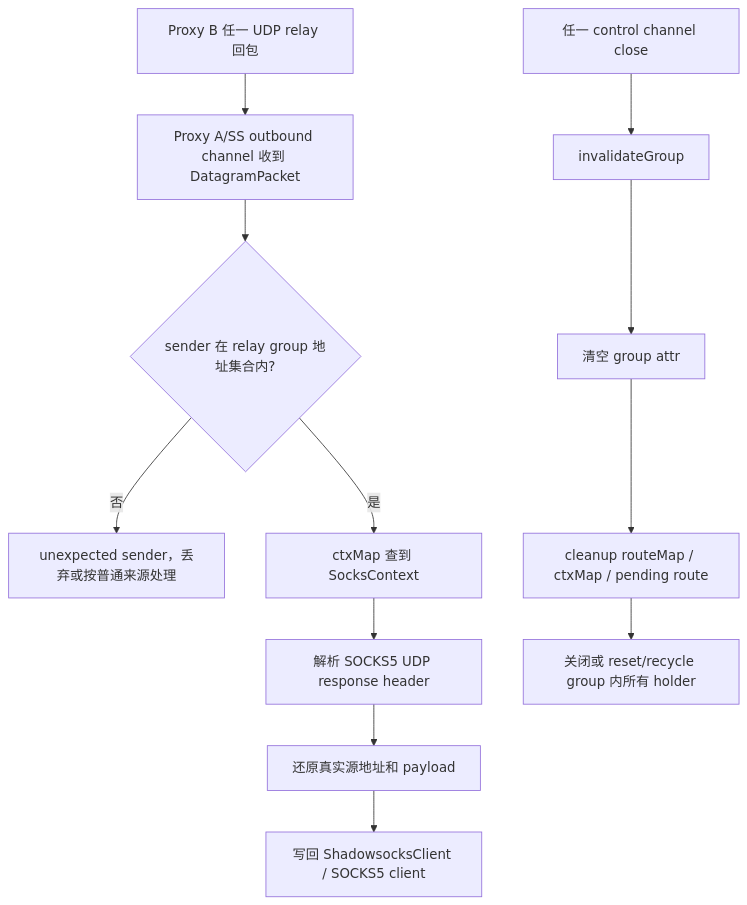
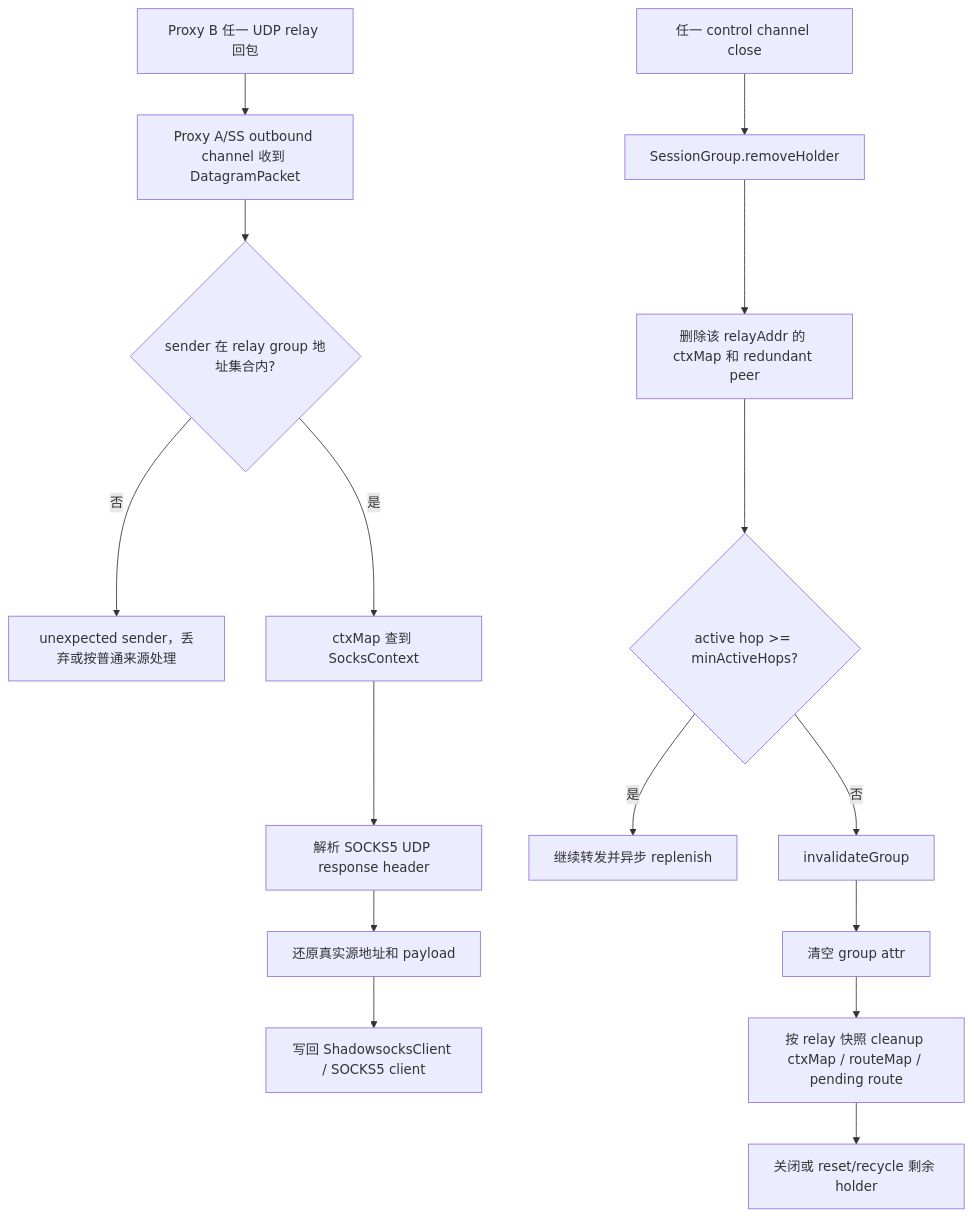
The fourth of 4 diagrams in docs/plan/UdpSocks5UpstreamPortHopping-plan.md (RockyLOMO/rxlib), drawn with Mermaid before and after one commit. The commit also changed other lines of this file and 9 other files, not shown here.

````diff
--- a/docs/plan/UdpSocks5UpstreamPortHopping-plan.md
+++ b/docs/plan/UdpSocks5UpstreamPortHopping-plan.md
@@ -397,14 +429,18 @@
 ```mermaid
 flowchart TD
     A["Proxy B 任一 UDP relay 回包"] --> B["Proxy A/SS outbound channel 收到 DatagramPacket"]
     B --> C{"sender 在 relay group 地址集合内?"}
     C -- "否" --> D["unexpected sender，丢弃或按普通来源处理"]
     C -- "是" --> E["ctxMap 查到 SocksContext"]
     E --> F["解析 SOCKS5 UDP response header"]
     F --> G["还原真实源地址和 payload"]
     G --> H["写回 ShadowsocksClient / SOCKS5 client"]
-    I["任一 control channel close"] --> J["invalidateGroup"]
-    J --> K["清空 group attr"]
-    K --> L["cleanup routeMap / ctxMap / pending route"]
-    L --> M["关闭或 reset/recycle group 内所有 holder"]
+    I["任一 control channel close"] --> J["SessionGroup.removeHolder"]
+    J --> K["删除该 relayAddr 的 ctxMap 和 redundant peer"]
+    K --> L{"active hop >= minActiveHops?"}
+    L -- "是" --> M["继续转发并异步 replenish"]
+    L -- "否" --> N["invalidateGroup"]
+    N --> O["清空 group attr"]
+    O --> P["按 relay 快照 cleanup ctxMap / routeMap / pending route"]
+    P --> Q["关闭或 reset/recycle 剩余 holder"]
 ```
````
